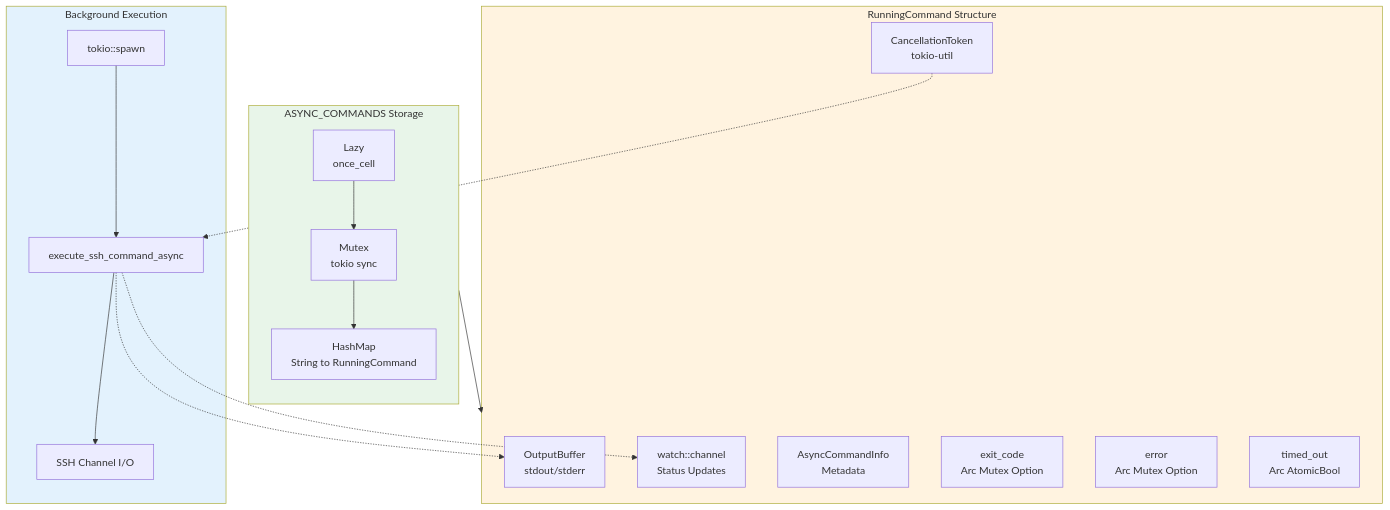
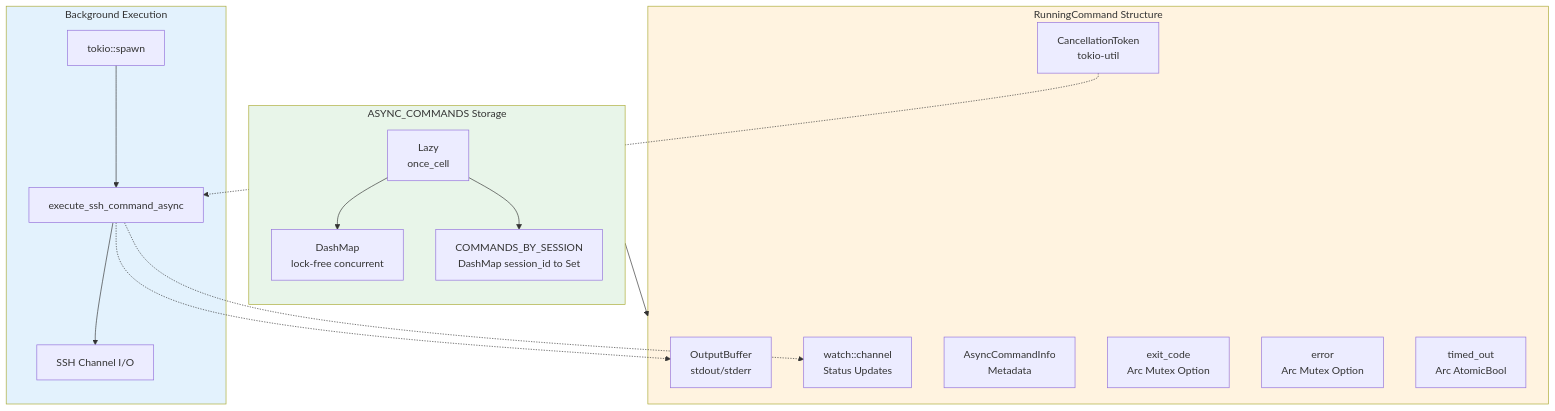
One commit to farchanjo/ssh-mcp changed the sixth of 11 diagrams in docs/ARCHITECTURE.md. Above: the diagram before and after it, drawn with Mermaid. The commit also changed other lines of this file and 6 other files, not shown here.

````diff
--- a/docs/ARCHITECTURE.md
+++ b/docs/ARCHITECTURE.md
@@ -563,39 +559,39 @@
 ```mermaid
 flowchart TB
     subgraph Storage["ASYNC_COMMANDS Storage"]
         direction TB
         Lazy2["Lazy<br/>once_cell"]
-        Mutex2["Mutex<br/>tokio sync"]
-        HashMap2["HashMap<br/>String to RunningCommand"]
+        DashMap2["DashMap<br/>lock-free concurrent"]
+        SecondaryIdx["COMMANDS_BY_SESSION<br/>DashMap session_id to Set"]
 
-        Lazy2 --> Mutex2
-        Mutex2 --> HashMap2
+        Lazy2 --> DashMap2
+        Lazy2 --> SecondaryIdx
     end
 
     subgraph RunningCmd["RunningCommand Structure"]
         Info["AsyncCommandInfo<br/>Metadata"]
         CancelToken["CancellationToken<br/>tokio-util"]
         StatusChan["watch::channel<br/>Status Updates"]
         OutputBuf["OutputBuffer<br/>stdout/stderr"]
         ExitCode["exit_code<br/>Arc Mutex Option"]
         Error["error<br/>Arc Mutex Option"]
         TimedOut["timed_out<br/>Arc AtomicBool"]
     end
 
     subgraph Execution["Background Execution"]
         Spawn["tokio::spawn"]
         ExecAsync["execute_ssh_command_async"]
         SSHChannel["SSH Channel I/O"]
     end
 
-    HashMap2 --> RunningCmd
+    DashMap2 --> RunningCmd
     Spawn --> ExecAsync
     ExecAsync --> SSHChannel
     ExecAsync -.-> OutputBuf
     ExecAsync -.-> StatusChan
     CancelToken -.-> ExecAsync
 
     style Storage fill:#e8f5e9
     style RunningCmd fill:#fff3e0
     style Execution fill:#e3f2fd
 ```
````
